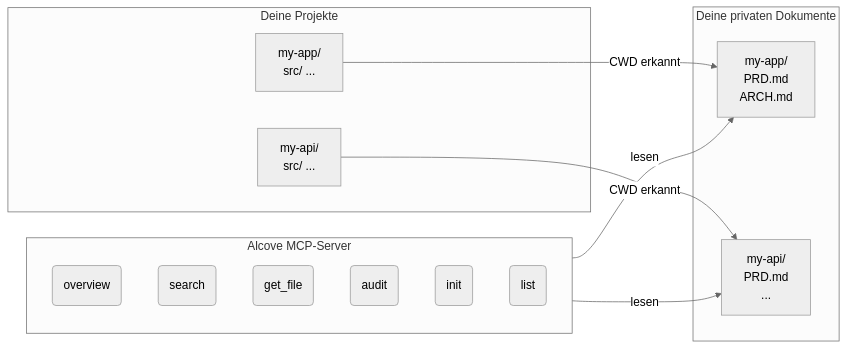
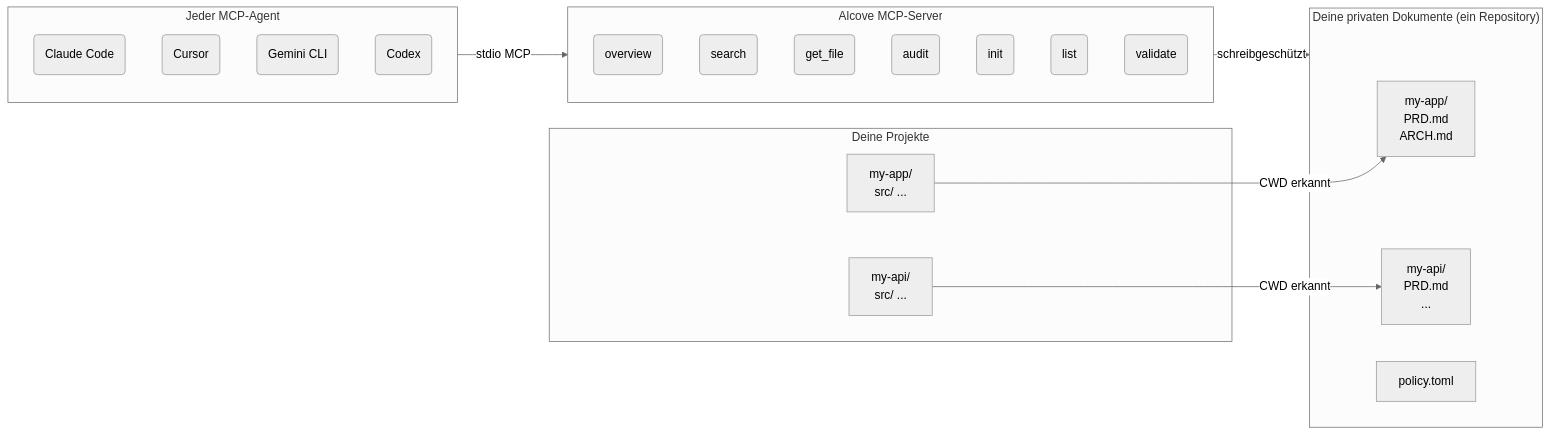
One commit to redxzeta/Icecove changed the diagram in docs/README.de.md. Above: the diagram before and after it, drawn with Mermaid (neutral theme). The commit also changed other lines of this file and 9 other files, not shown here.

````diff
--- a/docs/README.de.md
+++ b/docs/README.de.md
@@ -77,26 +106,35 @@
 ```mermaid
 flowchart LR
     subgraph Projects["Deine Projekte"]
         A1["my-app/\n  src/ ..."]
         A2["my-api/\n  src/ ..."]
     end
 
-    subgraph Docs["Deine privaten Dokumente"]
+    subgraph Docs["Deine privaten Dokumente (ein Repository)"]
         D1["my-app/\n  PRD.md\n  ARCH.md"]
         D2["my-api/\n  PRD.md\n  ..."]
+        P1["policy.toml"]
+    end
+
+    subgraph Agents["Jeder MCP-Agent"]
+        AG1(Claude Code)
+        AG2(Cursor)
+        AG3(Gemini CLI)
+        AG4(Codex)
     end
 
     subgraph MCP["Alcove MCP-Server"]
         T1(overview)
         T2(search)
         T3(get_file)
         T4(audit)
         T5(init)
         T6(list)
+        T7(validate)
     end
 
     A1 -- "CWD erkannt" --> D1
     A2 -- "CWD erkannt" --> D2
-    MCP -- "lesen" --> D1
-    MCP -- "lesen" --> D2
+    Agents -- "stdio MCP" --> MCP
+    MCP -- "schreibgeschützt" --> Docs
 ```
````
